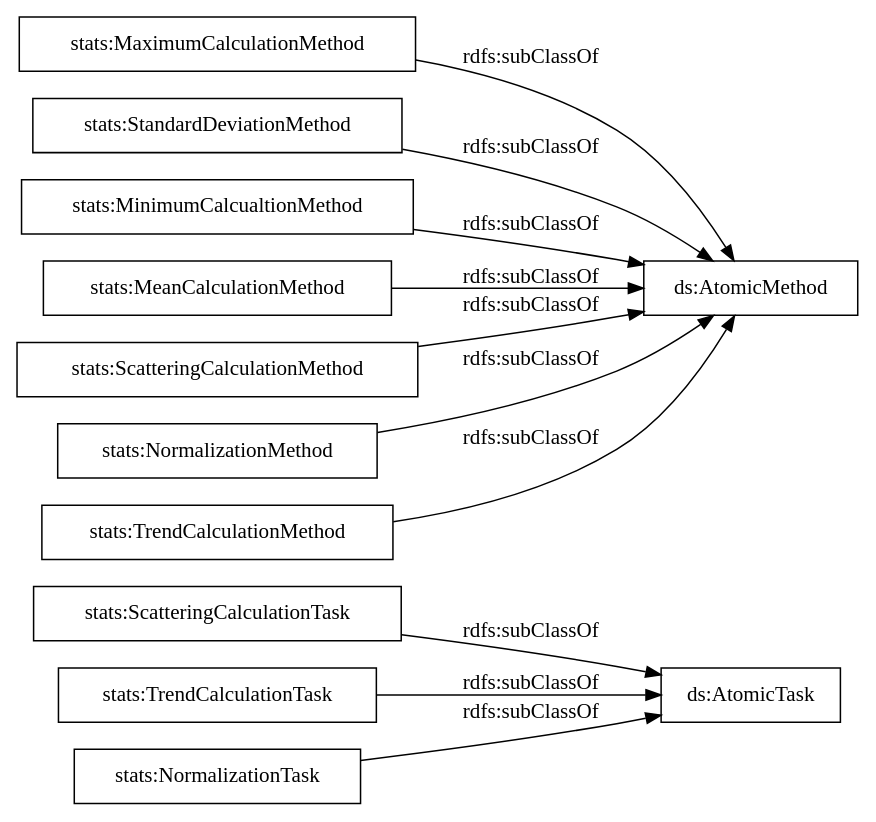
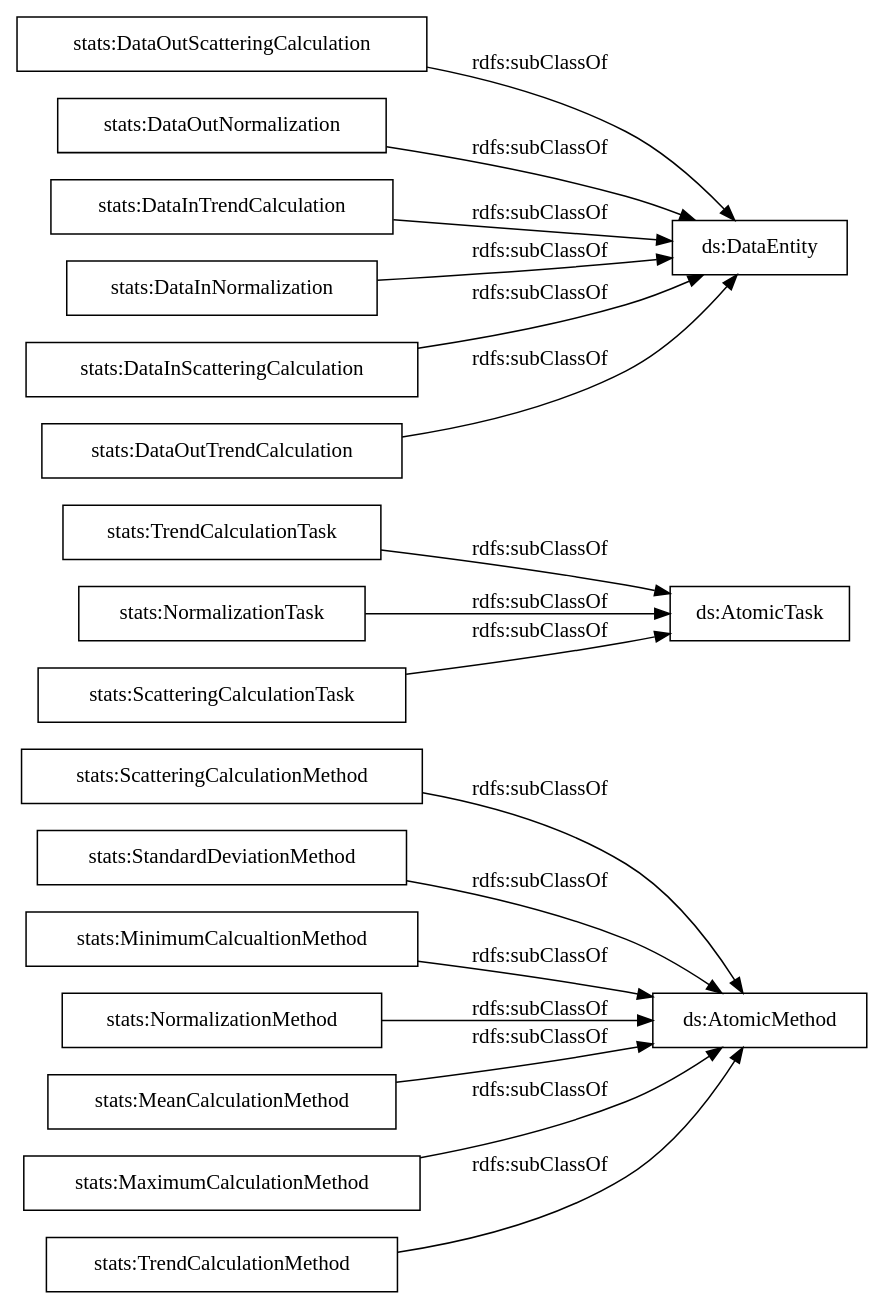
One commit to nsai-uio/ExeKGOntology changed the diagram in OnToology/stats_exeKGOntology.ttl/diagrams/ar2dtool-taxonomy/stats_exeKGOntology.ttl.png.dot. Above: the diagram before and after it, drawn with Graphviz. The commit also changed 74 other files, not shown here.

```diff
--- a/OnToology/stats_exeKGOntology.ttl/diagrams/ar2dtool-taxonomy/stats_exeKGOntology.ttl.png.dot
+++ b/OnToology/stats_exeKGOntology.ttl/diagrams/ar2dtool-taxonomy/stats_exeKGOntology.ttl.png.dot
@@ -1,16 +1,22 @@
 digraph ar2dtool_diagram { 
 rankdir=LR;
 size="1000"
-node [shape = rectangle, color="black"]; "stats:ScatteringCalculationTask" "stats:MaximumCalculationMethod" "stats:StandardDeviationMethod" "stats:MinimumCalcualtionMethod" "stats:MeanCalculationMethod" "stats:ScatteringCalculationMethod" "stats:TrendCalculationTask" "stats:NormalizationMethod" "stats:TrendCalculationMethod" "stats:NormalizationTask" ; /*classes style*/
-	"stats:MinimumCalcualtionMethod" -> "ds:AtomicMethod" [ label = "rdfs:subClassOf" ];
-	"stats:StandardDeviationMethod" -> "ds:AtomicMethod" [ label = "rdfs:subClassOf" ];
-	"stats:ScatteringCalculationTask" -> "ds:AtomicTask" [ label = "rdfs:subClassOf" ];
-	"stats:NormalizationTask" -> "ds:AtomicTask" [ label = "rdfs:subClassOf" ];
-	"stats:ScatteringCalculationMethod" -> "ds:AtomicMethod" [ label = "rdfs:subClassOf" ];
-	"stats:TrendCalculationTask" -> "ds:AtomicTask" [ label = "rdfs:subClassOf" ];
+node [shape = rectangle, color="black"]; "stats:ScatteringCalculationMethod" "stats:StandardDeviationMethod" "stats:TrendCalculationTask" "stats:DataOutScatteringCalculation" "stats:NormalizationTask" "stats:MinimumCalcualtionMethod" "stats:DataOutNormalization" "stats:DataInTrendCalculation" "stats:DataInNormalization" "stats:DataInScatteringCalculation" "stats:NormalizationMethod" "stats:ScatteringCalculationTask" "stats:MeanCalculationMethod" "stats:MaximumCalculationMethod" "stats:TrendCalculationMethod" "stats:DataOutTrendCalculation" ; /*classes style*/
+	"stats:DataOutNormalization" -> "ds:DataEntity" [ label = "rdfs:subClassOf" ];
 	"stats:NormalizationMethod" -> "ds:AtomicMethod" [ label = "rdfs:subClassOf" ];
 	"stats:TrendCalculationMethod" -> "ds:AtomicMethod" [ label = "rdfs:subClassOf" ];
 	"stats:MeanCalculationMethod" -> "ds:AtomicMethod" [ label = "rdfs:subClassOf" ];
+	"stats:TrendCalculationTask" -> "ds:AtomicTask" [ label = "rdfs:subClassOf" ];
+	"stats:DataInScatteringCalculation" -> "ds:DataEntity" [ label = "rdfs:subClassOf" ];
+	"stats:DataInNormalization" -> "ds:DataEntity" [ label = "rdfs:subClassOf" ];
+	"stats:NormalizationTask" -> "ds:AtomicTask" [ label = "rdfs:subClassOf" ];
+	"stats:DataInTrendCalculation" -> "ds:DataEntity" [ label = "rdfs:subClassOf" ];
+	"stats:ScatteringCalculationMethod" -> "ds:AtomicMethod" [ label = "rdfs:subClassOf" ];
+	"stats:DataOutScatteringCalculation" -> "ds:DataEntity" [ label = "rdfs:subClassOf" ];
+	"stats:StandardDeviationMethod" -> "ds:AtomicMethod" [ label = "rdfs:subClassOf" ];
 	"stats:MaximumCalculationMethod" -> "ds:AtomicMethod" [ label = "rdfs:subClassOf" ];
+	"stats:DataOutTrendCalculation" -> "ds:DataEntity" [ label = "rdfs:subClassOf" ];
+	"stats:ScatteringCalculationTask" -> "ds:AtomicTask" [ label = "rdfs:subClassOf" ];
+	"stats:MinimumCalcualtionMethod" -> "ds:AtomicMethod" [ label = "rdfs:subClassOf" ];
 
 }
```
